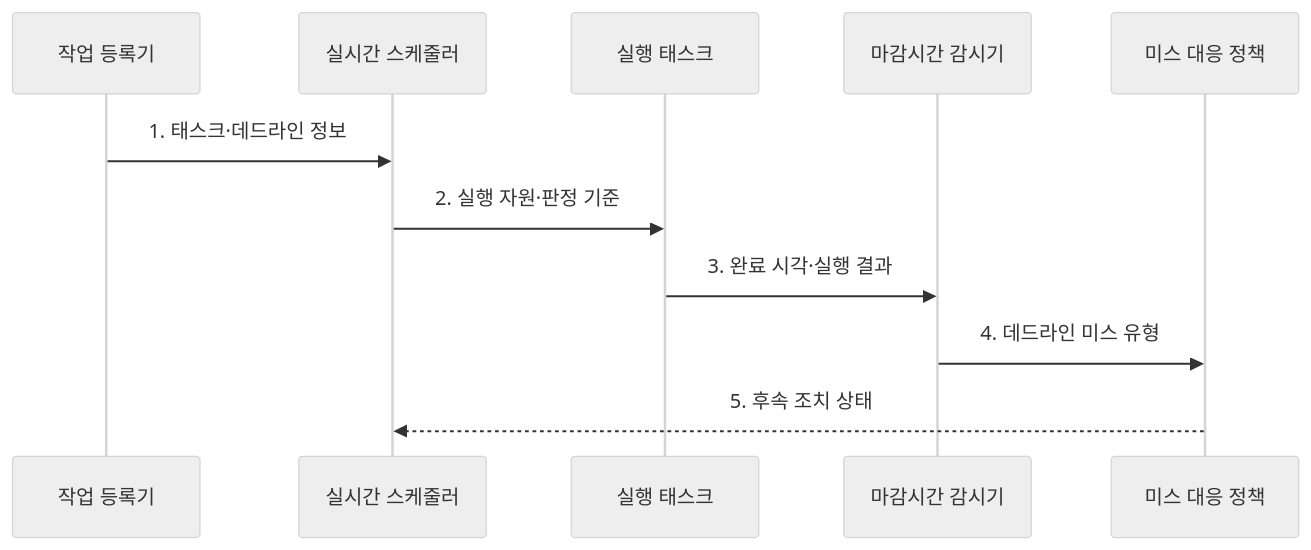
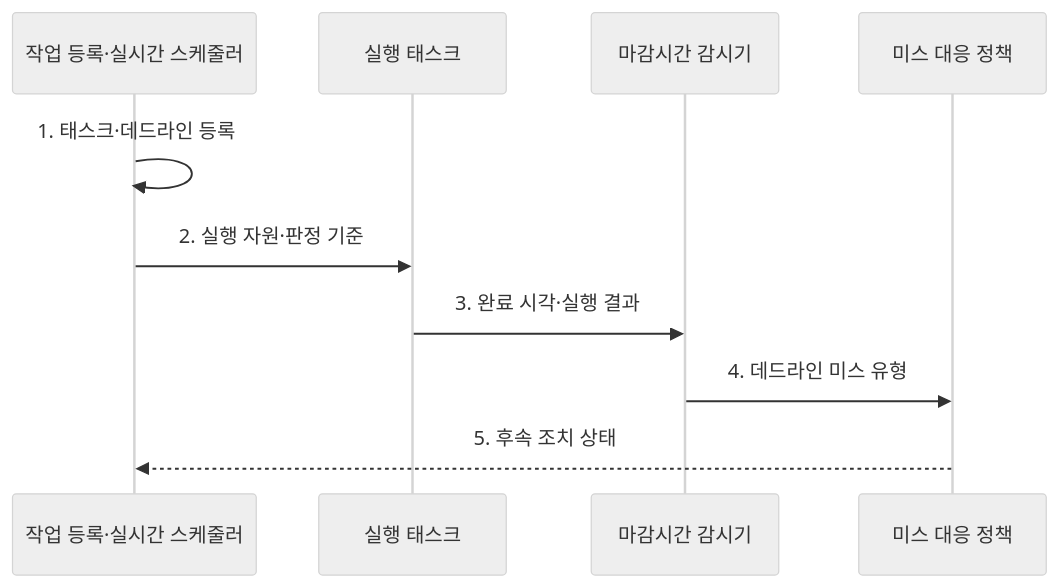
One commit to agnusdei1207/knowledge-base changed the second of 2 diagrams in src/content/docs/notes/02-hardware/062_hard_soft_real_time.md. Above: the diagram before and after it, drawn with Mermaid (neutral theme). The commit also changed 9 other files, not shown here.

Commit message:
Reduce redundant hardware flow roles

````diff
--- a/src/content/docs/notes/02-hardware/062_hard_soft_real_time.md
+++ b/src/content/docs/notes/02-hardware/062_hard_soft_real_time.md
@@ -100,14 +100,13 @@
 ```mermaid
 sequenceDiagram
-    participant R as 작업 등록기
-    participant S as 실시간 스케줄러
+    participant S as 작업 등록·실시간 스케줄러
     participant T as 실행 태스크
     participant D as 마감시간 감시기
     participant P as 미스 대응 정책
 
-    R->>S: 1. 태스크·데드라인 정보
+    S->>S: 1. 태스크·데드라인 등록
     S->>T: 2. 실행 자원·판정 기준
     T->>D: 3. 완료 시각·실행 결과
     D->>P: 4. 데드라인 미스 유형
     P-->>S: 5. 후속 조치 상태
 ```
````
